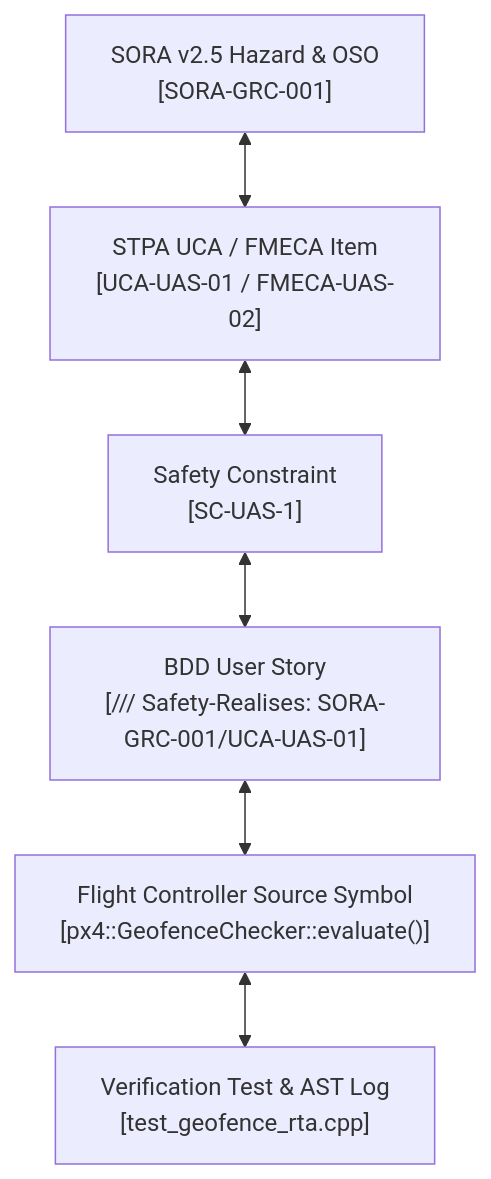
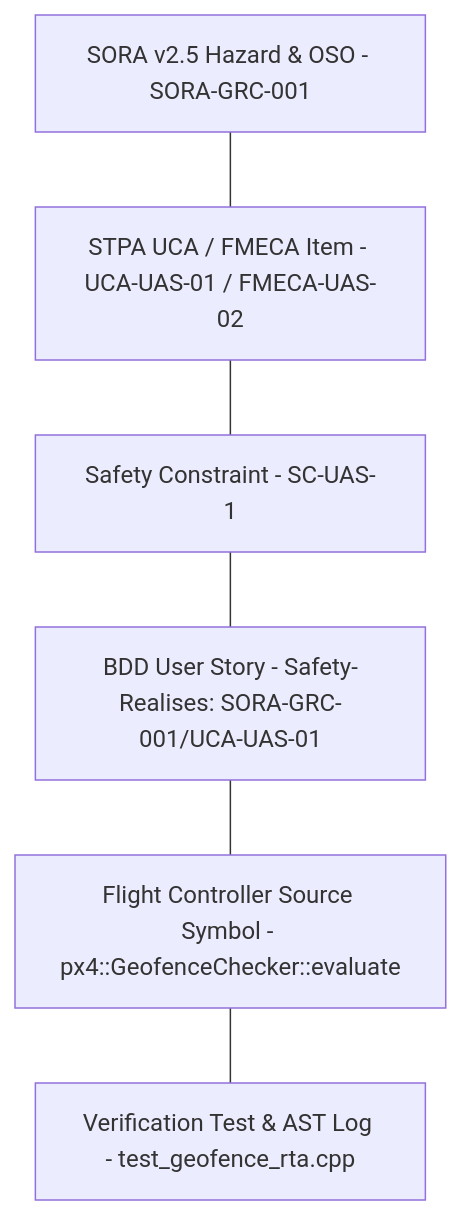
The seventh of 7 diagrams in docs/architecture/blueprints/DEAP_UAS_INFRASTRUCTURE_SAFETY_CONCEPT_PAPER.md (gintatkinson/DEAP-spec-core), drawn with Mermaid before and after one commit. The commit also changed other lines of this file and 5 other files, not shown here.

````diff
--- a/docs/architecture/blueprints/DEAP_UAS_INFRASTRUCTURE_SAFETY_CONCEPT_PAPER.md
+++ b/docs/architecture/blueprints/DEAP_UAS_INFRASTRUCTURE_SAFETY_CONCEPT_PAPER.md
@@ -542,8 +541,8 @@
 ```mermaid
 flowchart TD
-    SORA["SORA v2.5 Hazard & OSO\n[SORA-GRC-001]"] <--> STPA["STPA UCA / FMECA Item\n[UCA-UAS-01 / FMECA-UAS-02]"]
-    STPA <--> Constraint["Safety Constraint\n[SC-UAS-1]"]
-    Constraint <--> BDD["BDD User Story\n[/// Safety-Realises: SORA-GRC-001/UCA-UAS-01]"]
-    BDD <--> Code["Flight Controller Source Symbol\n[px4::GeofenceChecker::evaluate()]"]
-    Code <--> TestLog["Verification Test & AST Log\n[test_geofence_rta.cpp]"]
+    SORA["SORA v2.5 Hazard & OSO - SORA-GRC-001"] --- STPA["STPA UCA / FMECA Item - UCA-UAS-01 / FMECA-UAS-02"]
+    STPA --- Constraint["Safety Constraint - SC-UAS-1"]
+    Constraint --- BDD["BDD User Story - Safety-Realises: SORA-GRC-001/UCA-UAS-01"]
+    BDD --- Code["Flight Controller Source Symbol - px4::GeofenceChecker::evaluate"]
+    Code --- TestLog["Verification Test & AST Log - test_geofence_rta.cpp"]
 ```
````
